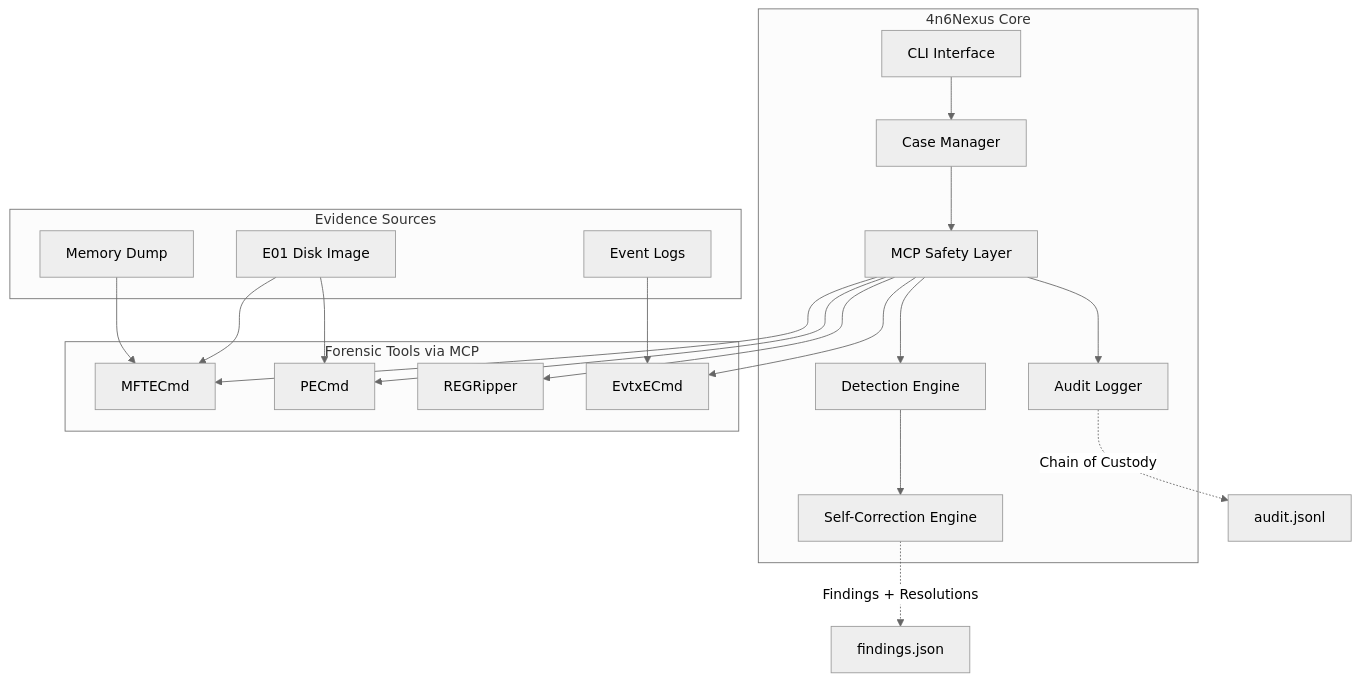
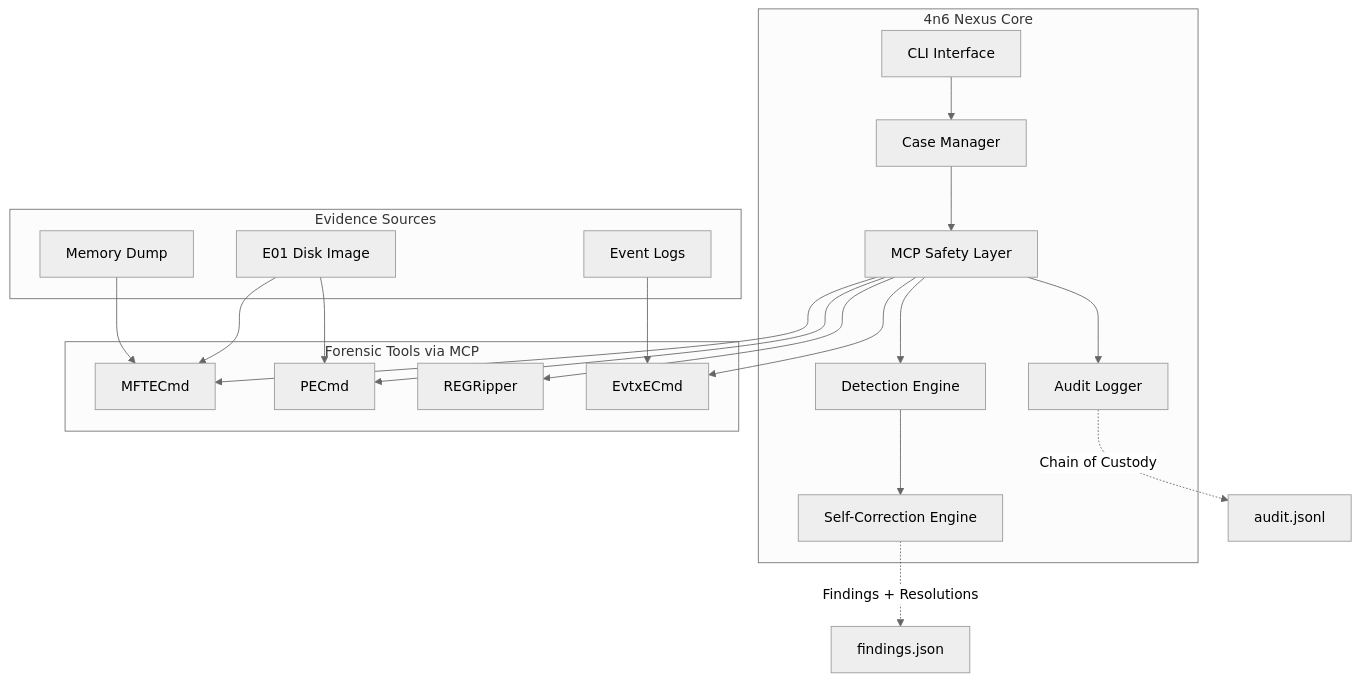
Before and after one commit to Strike48-public/4n6_nexus: the first of 2 diagrams in docs/README_COMMUNITY.md, drawn with Mermaid (neutral theme). The commit also changed other lines of this file and 2 other files, not shown here.

First line of the commit message:
docs: standardize '4n6 Nexus' in community/presentation docs

````diff
--- a/docs/README_COMMUNITY.md
+++ b/docs/README_COMMUNITY.md
@@ -59,43 +59,43 @@
 ```mermaid
 graph TB
-    subgraph "4n6Nexus Core"
+    subgraph "4n6 Nexus Core"
         CLI[CLI Interface]
         CM[Case Manager]
         MCP[MCP Safety Layer]
         DE[Detection Engine]
         SC[Self-Correction Engine]
         AL[Audit Logger]
     end
 
     subgraph "Forensic Tools via MCP"
         MFT[MFTECmd]
         PF[PECmd]
         REG[REGRipper]
         EVT[EvtxECmd]
     end
 
     subgraph "Evidence Sources"
         E01[E01 Disk Image]
         MEM[Memory Dump]
         LOGS[Event Logs]
     end
 
     CLI --> CM
     CM --> MCP
     MCP --> DE
     DE --> SC
     MCP --> AL
 
     MCP --> MFT
     MCP --> PF
     MCP --> REG
     MCP --> EVT
 
     E01 --> MFT
     E01 --> PF
     MEM --> MFT
     LOGS --> EVT
 
     AL -.->|Chain of Custody| JSONL[audit.jsonl]
     SC -.->|Findings + Resolutions| JSON[findings.json]
 ```
````
